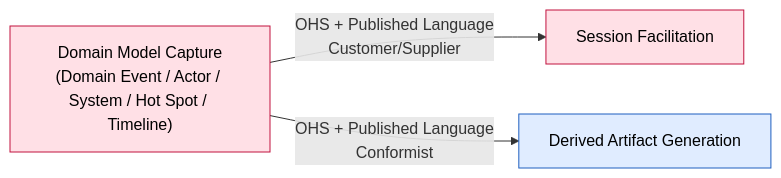
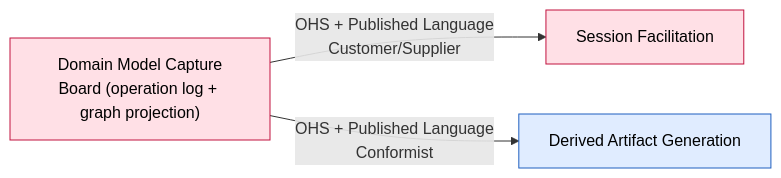
The diagram in docs/domain/bounded-contexts/domain-model-capture/canvas.md (vinialbano/eventstormer), drawn with Mermaid before and after one commit. The commit also changed other lines of this file and 24 other files, not shown here.

````diff
--- a/docs/domain/bounded-contexts/domain-model-capture/canvas.md
+++ b/docs/domain/bounded-contexts/domain-model-capture/canvas.md
@@ -234,11 +244,11 @@
 ```mermaid
 flowchart LR
-  This["Domain Model Capture\n(Domain Event / Actor / System / Hot Spot / Timeline)"] -->|"OHS + Published Language\nCustomer/Supplier"| Facil["Session Facilitation"]
+  This["Domain Model Capture\nBoard (operation log + graph projection)"] -->|"OHS + Published Language\nCustomer/Supplier"| Facil["Session Facilitation"]
   This -->|"OHS + Published Language\nConformist"| Artifact["Derived Artifact Generation"]
 
   classDef core fill:#ffe0e6,stroke:#c1123e,color:#000
   classDef sup fill:#e0ecff,stroke:#1f5fbf,color:#000
   class This core
   class Facil core
   class Artifact sup
 ```
````
